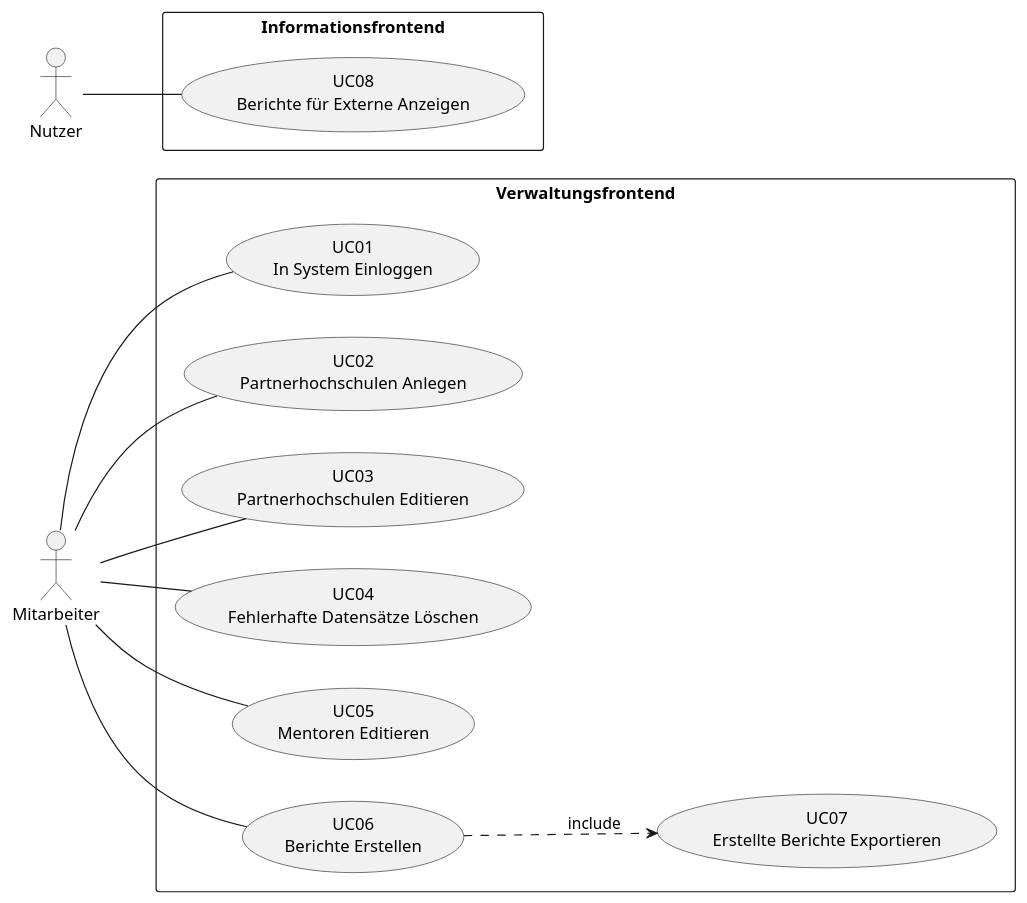
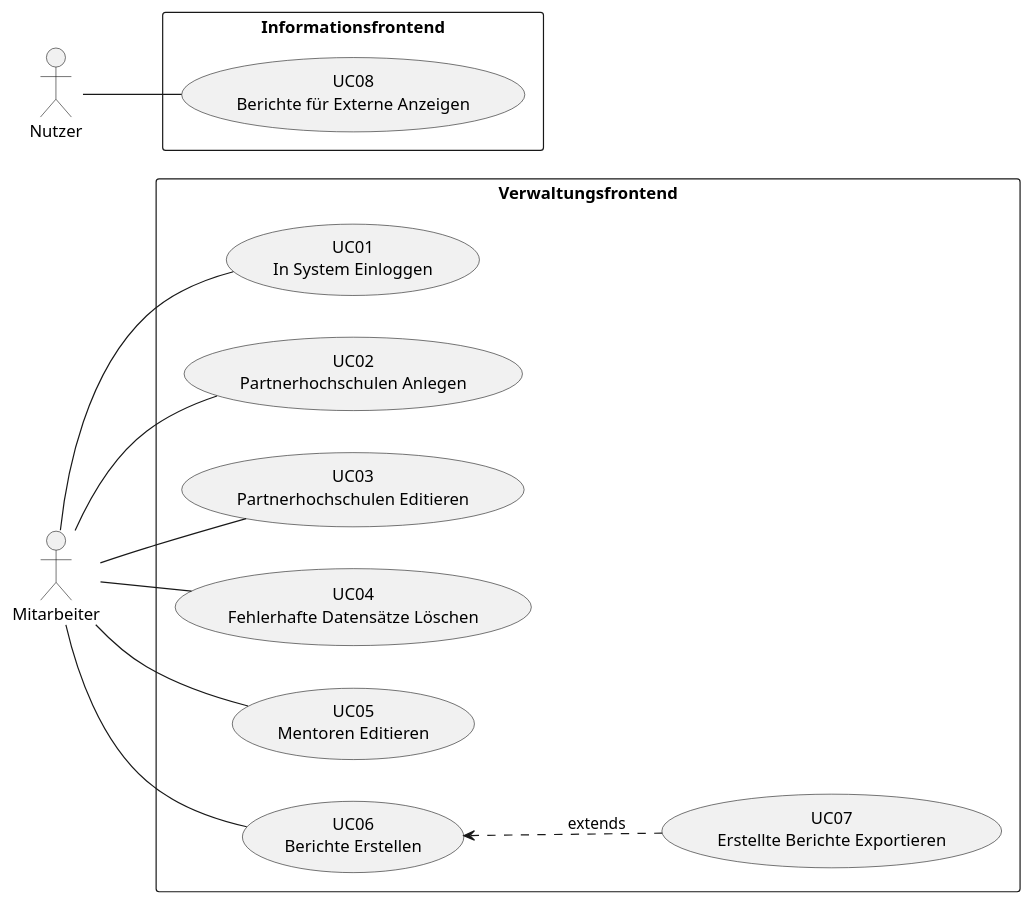
Before and after one commit to jay-hae/SE-Projekt-I3: the diagram in docs/requirements/plantuml/use_case_diagram.puml, drawn with PlantUML.

Commit message:
use case diagram aktualisieren

```diff
--- a/docs/requirements/plantuml/use_case_diagram.puml
+++ b/docs/requirements/plantuml/use_case_diagram.puml
@@ -1,33 +1,33 @@
 @startuml
 left to right direction
 
 actor Mitarbeiter
 
 rectangle "Verwaltungsfrontend" {
 usecase "UC01\nIn System Einloggen" as uc01
 usecase "UC02\nPartnerhochschulen Anlegen" as uc02
 usecase "UC03\nPartnerhochschulen Editieren" as uc03
 usecase "UC04\nFehlerhafte Datensätze Löschen" as uc04
 usecase "UC05\nMentoren Editieren" as uc05
 usecase "UC06\nBerichte Erstellen" as uc06
 usecase "UC07\nErstellte Berichte Exportieren" as uc07
 }
 
 Mitarbeiter -- uc01
 Mitarbeiter -- uc02
 Mitarbeiter -- uc03
 Mitarbeiter -- uc04
 Mitarbeiter -- uc05
 Mitarbeiter -- uc06
-uc06 .down.> uc07 : include
+uc06 <.down. uc07 : extends
 
 
 actor Nutzer
 
 rectangle "Informationsfrontend" {
 
 usecase "UC08\nBerichte für Externe Anzeigen" as uc08
 }
 Nutzer -- uc08
 
 @enduml
```
